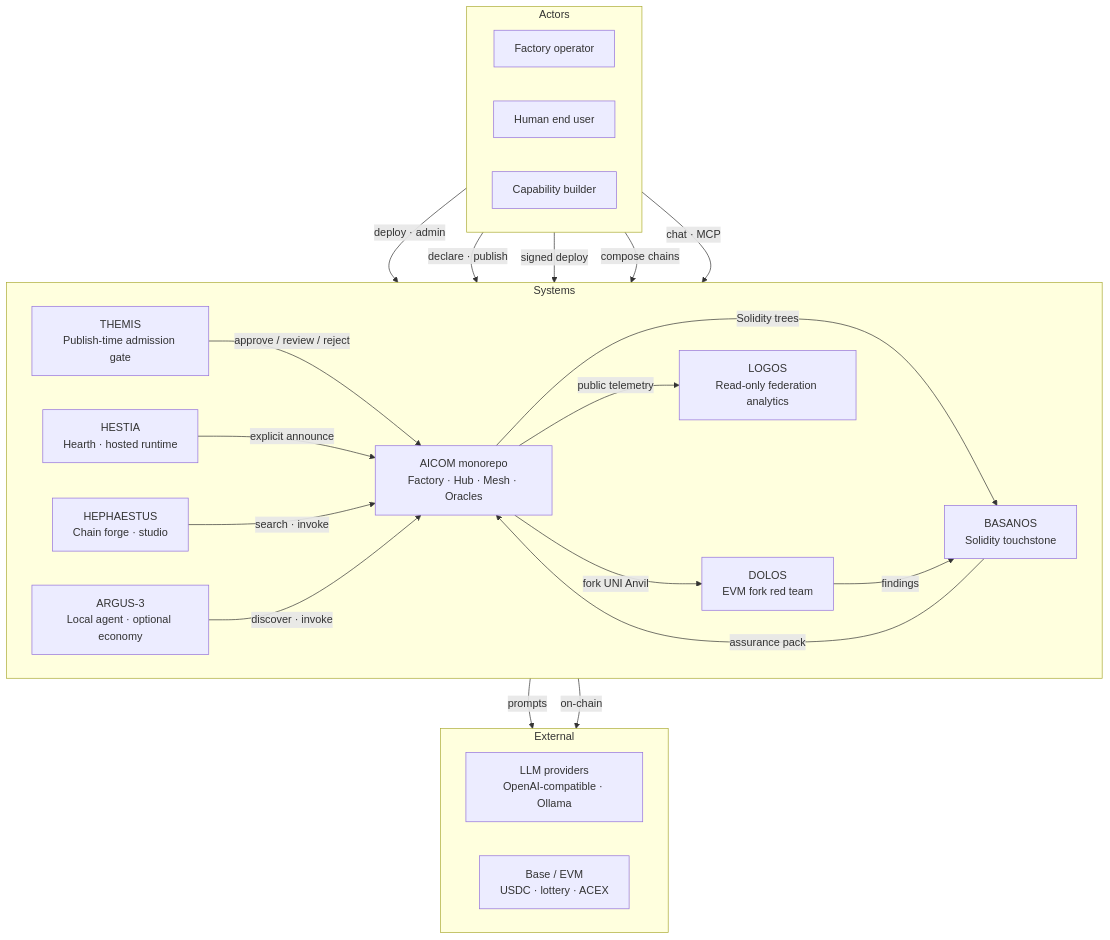
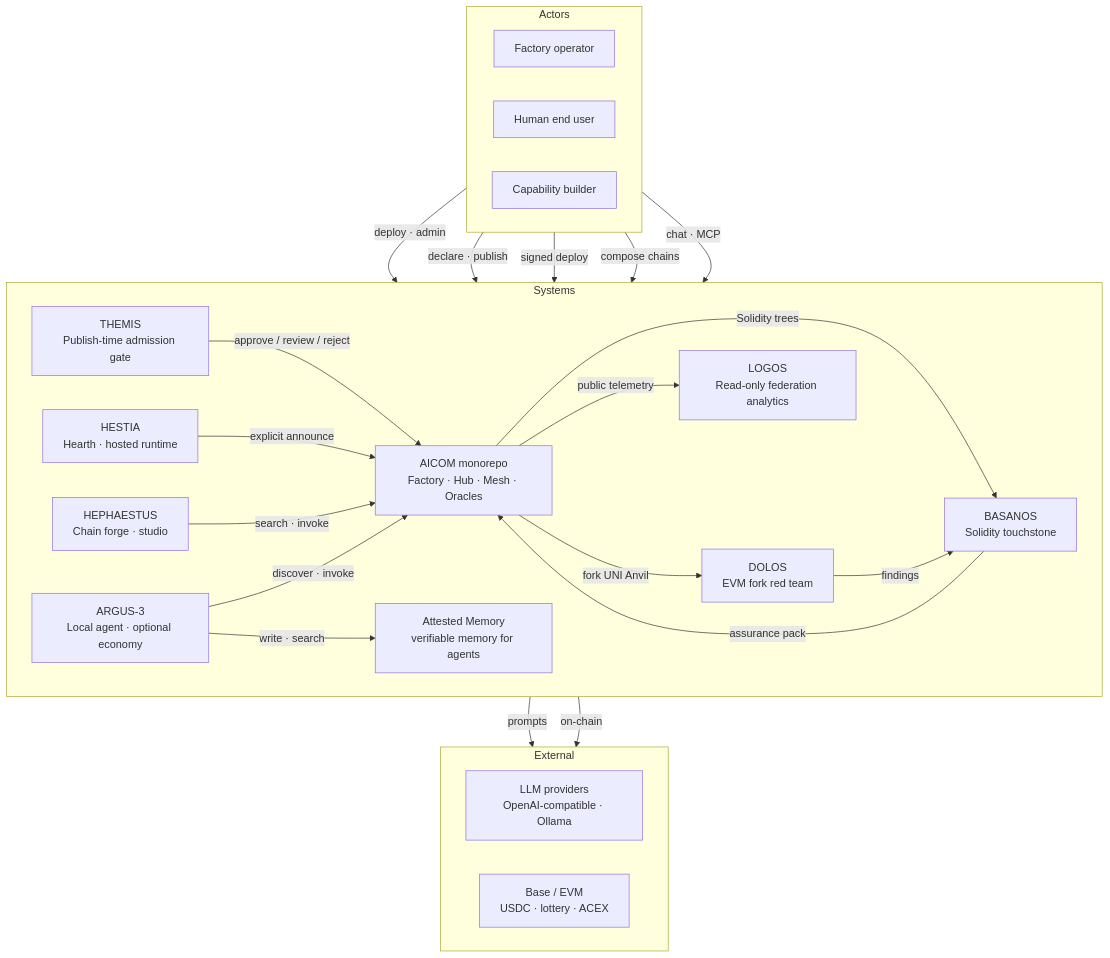
Before and after one commit to alexar76/aicom: the second of 5 diagrams in docs/ecosystem/whitepaper/en.md, drawn with Mermaid. The commit also changed other lines of this file and 99 other files, not shown here.

````diff
--- a/docs/ecosystem/whitepaper/en.md
+++ b/docs/ecosystem/whitepaper/en.md
@@ -147,44 +150,46 @@
 ```mermaid
 flowchart TB
   subgraph actors["Actors"]
     direction LR
     operator["Factory operator"]
     enduser["Human end user"]
     builder["Capability builder"]
   end
 
   subgraph systems["Systems"]
     direction LR
     aicom["AICOM monorepo<br/>Factory · Hub · Mesh · Oracles"]
     themis["THEMIS<br/>Publish-time admission gate"]
     hestia["HESTIA<br/>Hearth · hosted runtime"]
     basanos["BASANOS<br/>Solidity touchstone"]
     dolos["DOLOS<br/>EVM fork red team"]
     hephaestus["HEPHAESTUS<br/>Chain forge · studio"]
     logos["LOGOS<br/>Read-only federation analytics"]
     argus["ARGUS-3<br/>Local agent · optional economy"]
+    memory["Attested Memory<br/>verifiable memory for agents"]
   end
 
   subgraph external["External"]
     direction LR
     llm["LLM providers<br/>OpenAI-compatible · Ollama"]
     chain["Base / EVM<br/>USDC · lottery · ACEX"]
   end
 
   operator -->|deploy · admin| aicom
   builder -->|declare · publish| themis
   themis -->|"approve / review / reject"| aicom
   builder -->|signed deploy| hestia
   hestia -->|explicit announce| aicom
   enduser -->|compose chains| hephaestus
   hephaestus -->|search · invoke| aicom
   aicom -->|Solidity trees| basanos
   basanos -->|assurance pack| aicom
   aicom -->|fork UNI Anvil| dolos
   dolos -->|findings| basanos
   enduser -->|chat · MCP| argus
   argus -->|discover · invoke| aicom
+  argus -->|write · search| memory
   aicom -->|public telemetry| logos
   aicom -->|prompts| llm
   aicom -->|on-chain| chain
 ```
````
